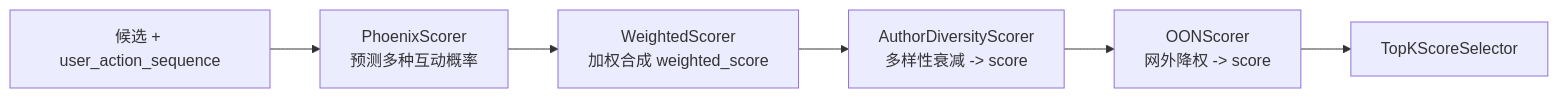
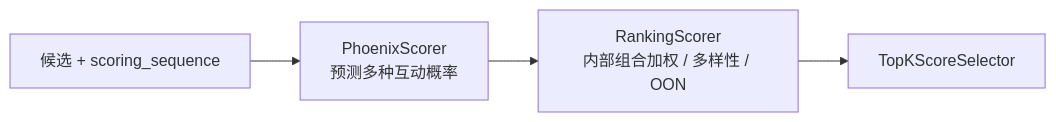
One commit to freefcw/x-algorithm changed the third of 4 diagrams in docs/home-mixer/04-retrieval-filter-ranking.md. Above: the diagram before and after it, drawn with Mermaid. The commit also changed other lines of this file and 24 other files, not shown here.

````diff
--- a/docs/home-mixer/04-retrieval-filter-ranking.md
+++ b/docs/home-mixer/04-retrieval-filter-ranking.md
@@ -113,8 +113,6 @@
 ```mermaid
 flowchart LR
-    A["候选 + user_action_sequence"] --> P["PhoenixScorer<br/>预测多种互动概率"]
-    P --> W["WeightedScorer<br/>加权合成 weighted_score"]
-    W --> D["AuthorDiversityScorer<br/>多样性衰减 -> score"]
-    D --> O["OONScorer<br/>网外降权 -> score"]
-    O --> S["TopKScoreSelector"]
+    A["候选 + scoring_sequence"] --> P["PhoenixScorer<br/>预测多种互动概率"]
+    P --> R["RankingScorer<br/>内部组合加权 / 多样性 / OON"]
+    R --> S["TopKScoreSelector"]
 ```
````
